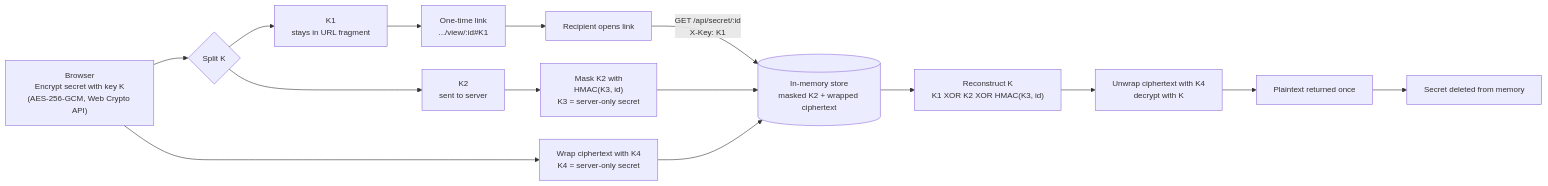
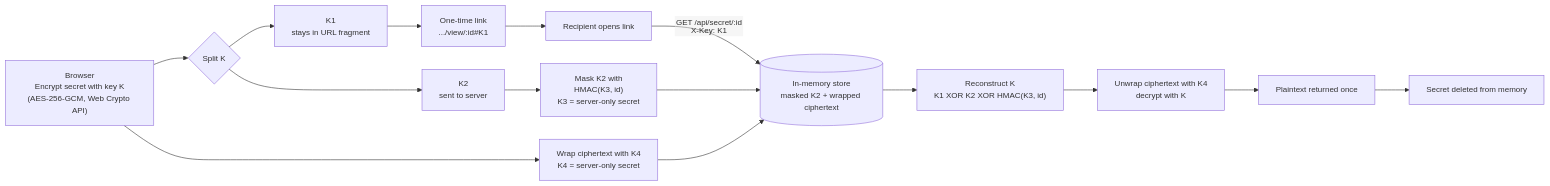
The diagram in README.md (MALTOisHERE/onlyonce), drawn with Mermaid before and after one commit.

````diff
--- a/README.md
+++ b/README.md
@@ -20,20 +20,20 @@
 ```mermaid
-%%{init: {'flowchart': {'useMaxWidth': false, 'htmlLabels': true, 'nodeSpacing': 40, 'rankSpacing': 60}, 'themeVariables': {'fontSize': '14px'}}}%%
+%%{init: {'flowchart': {'useMaxWidth': false, 'htmlLabels': false, 'nodeSpacing': 40, 'rankSpacing': 60}, 'themeVariables': {'fontSize': '14px'}}}%%
 flowchart LR
     A["Browser\nEncrypt secret with key K\n(AES-256-GCM, Web Crypto API)"] --> S{"Split K"}
     S --> K1n["K1\nstays in URL fragment"]
     S --> K2n["K2\nsent to server"]
 
     K2n --> MaskStep["Mask K2 with\nHMAC(K3, id)\nK3 = server-only secret"]
     A --> WrapStep["Wrap ciphertext with K4\nK4 = server-only secret"]
     MaskStep --> Store[("In-memory store\nmasked K2 + wrapped ciphertext")]
     WrapStep --> Store
 
     K1n --> Link["One-time link\n.../view/:id#K1"]
     Link --> Open["Recipient opens link"]
     Open -->|"GET /api/secret/:id\nX-Key: K1"| Store
     Store --> Recon["Reconstruct K\nK1 XOR K2 XOR HMAC(K3, id)"]
     Recon --> Unwrap["Unwrap ciphertext with K4\ndecrypt with K"]
     Unwrap --> Plain["Plaintext returned once"]
     Plain --> Gone["Secret deleted from memory"]
 ```
````
